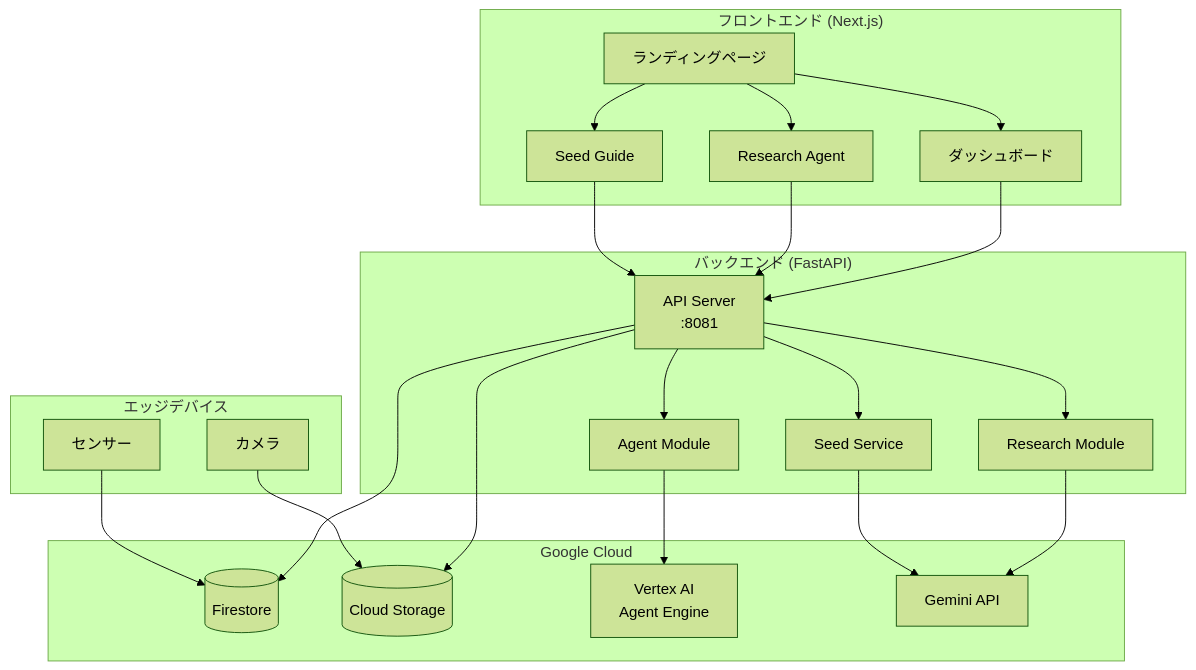
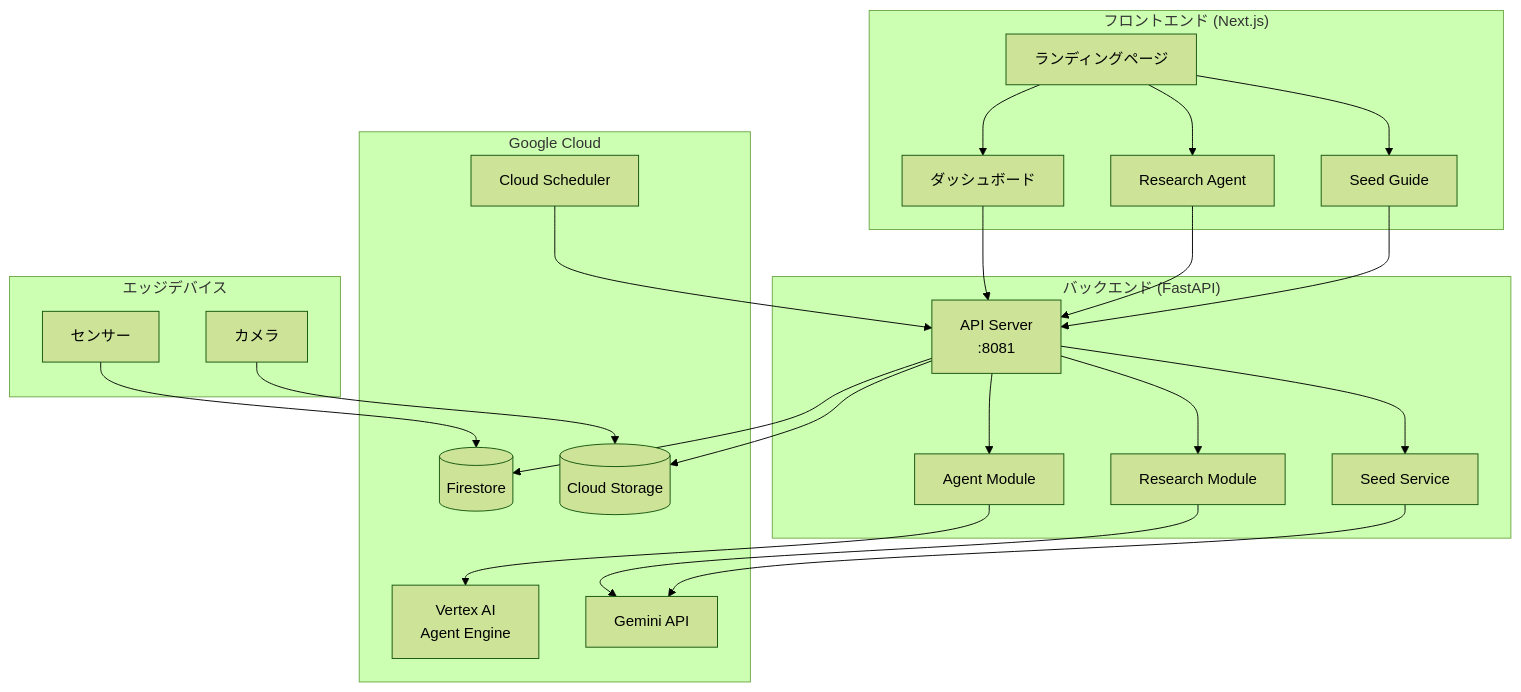
Before and after one commit to ai-agentic-hackathon-4/ai-batake-app: the first of 3 diagrams in README.md, drawn with Mermaid (forest theme). The commit also changed other lines of this file, not shown here.

````diff
--- a/README.md
+++ b/README.md
@@ -130,50 +136,53 @@
 ```mermaid
 graph TB
     subgraph "フロントエンド (Next.js)"
         LP[ランディングページ]
         DB[ダッシュボード]
         RA[Research Agent]
         SG[Seed Guide]
     end
 
     subgraph "バックエンド (FastAPI)"
         API[API Server<br/>:8081]
         AGT[Agent Module]
         RES[Research Module]
         SEED[Seed Service]
     end
 
     subgraph "Google Cloud"
         FS[(Firestore)]
         GCS[(Cloud Storage)]
         VAI[Vertex AI<br/>Agent Engine]
         GEM[Gemini API]
+        SCH[Cloud Scheduler]
     end
 
     subgraph "エッジデバイス"
         SENS[センサー]
         CAM[カメラ]
     end
 
     LP --> DB
     LP --> RA
     LP --> SG
 
     DB --> API
     RA --> API
     SG --> API
 
     API --> AGT
     API --> RES
     API --> SEED
 
     AGT --> VAI
     RES --> GEM
     SEED --> GEM
 
     API --> FS
     API --> GCS
 
+    SCH --> API
+
     SENS --> FS
     CAM --> GCS
 ```
````
